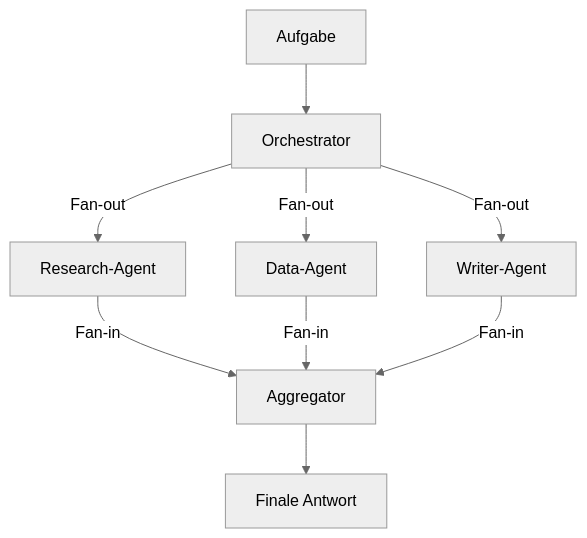
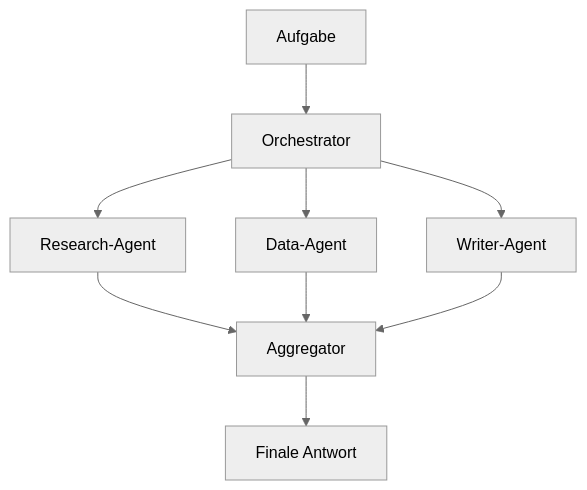
Before and after one commit to ralf-42/Agenten: the fifth of 5 diagrams in docs/concepts/Multi_Agent_Systeme.md, drawn with Mermaid (neutral theme). The commit also changed other lines of this file and 15 other files, not shown here.

````diff
--- a/docs/concepts/Multi_Agent_Systeme.md
+++ b/docs/concepts/Multi_Agent_Systeme.md
@@ -590,11 +157,11 @@
 ```mermaid
 flowchart TD
     A[Aufgabe] --> S[Orchestrator]
-    S -->|Fan-out| R[Research-Agent]
-    S -->|Fan-out| D[Data-Agent]
-    S -->|Fan-out| W[Writer-Agent]
-    R -->|Fan-in| J[Aggregator]
-    D -->|Fan-in| J
-    W -->|Fan-in| J
+    S --> R[Research-Agent]
+    S --> D[Data-Agent]
+    S --> W[Writer-Agent]
+    R --> J[Aggregator]
+    D --> J
+    W --> J
     J --> E[Finale Antwort]
 ```
````
